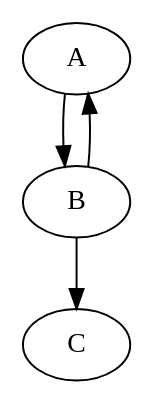
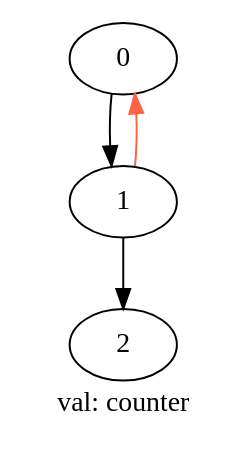
The first of 2 diagrams in docs/beginner/action-properties.rst (hwayne/learntla-v2), drawn with Graphviz before and after one commit. The commit also changed other lines of this file and 15 other files, not shown here.

```diff
--- a/docs/beginner/action-properties.rst
+++ b/docs/beginner/action-properties.rst
@@ -59,4 +58,6 @@
 .. digraph:: G
-  :caption: Neither state is illegal, but the *transition between them* is.
+  :caption: None of these states are illegal, but the *transition* from ``counter=1`` to ``counter=2`` is.
 
-  A -> B -> {C A};
+  label="val: counter";
+  0 -> 1 -> 2;
+  1 -> 0[color=tomato];
```
